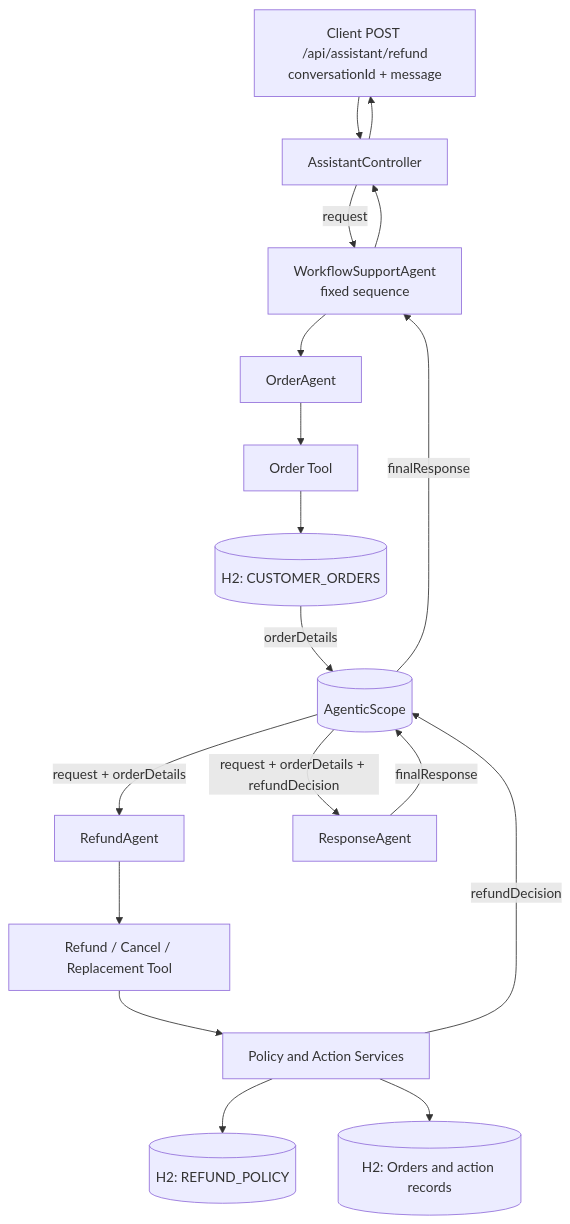
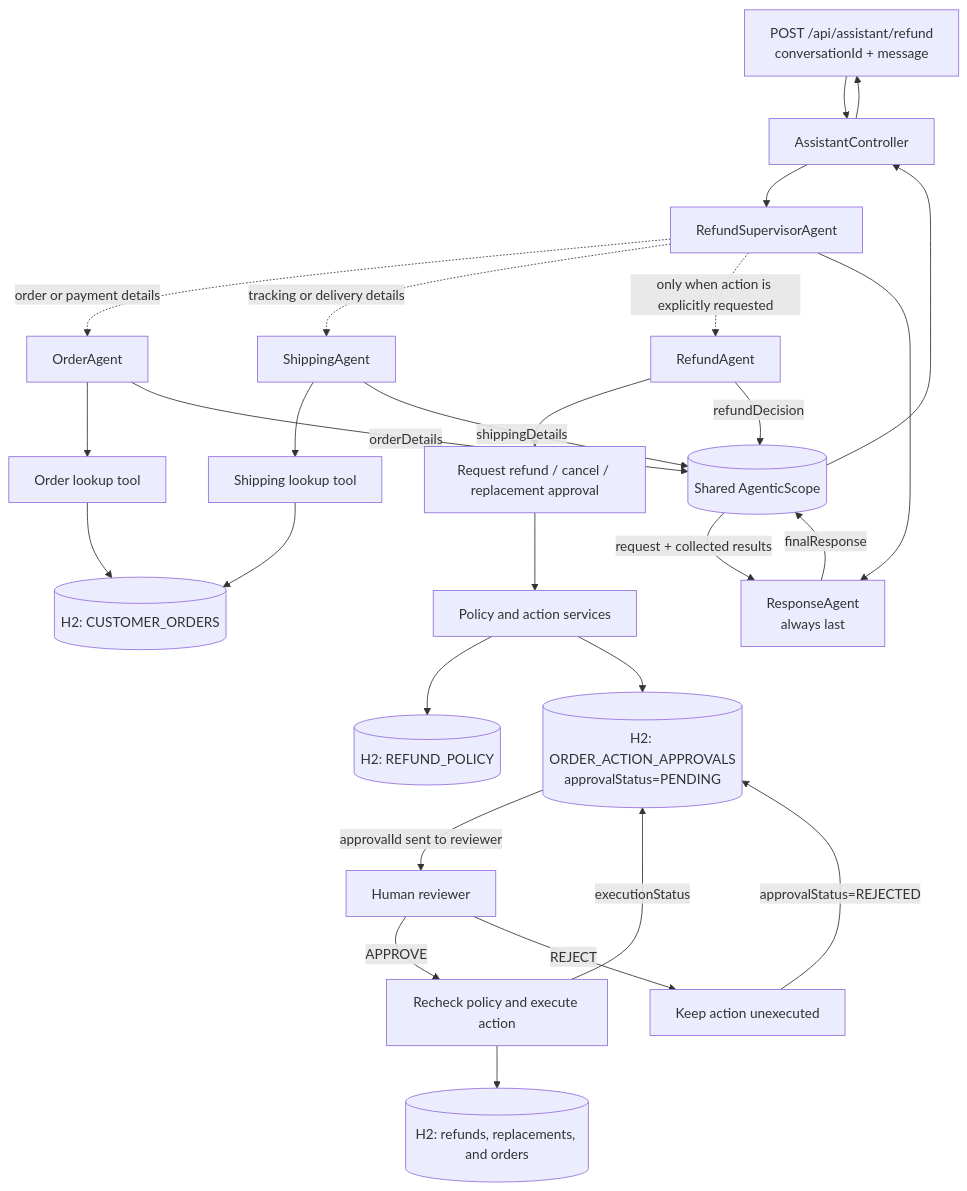
The diagram in docs/multi-agent-refund-workflow.md (Pratheeban233/Ai-Assistant), drawn with Mermaid before and after one commit. The commit also changed other lines of this file and 28 other files, not shown here.

Commit message:
Add refund workflow entities and approval handling classes

````diff
--- a/docs/multi-agent-refund-workflow.md
+++ b/docs/multi-agent-refund-workflow.md
@@ -9,20 +12,30 @@
 ```mermaid
 flowchart TD
-    U[Client POST /api/assistant/refund<br/>conversationId + message] --> C[AssistantController]
-    C -->|request| W[WorkflowSupportAgent<br/>fixed sequence]
-    W --> O[OrderAgent]
-    O --> L[Order Tool]
-    L --> DB[(H2: CUSTOMER_ORDERS)]
-    DB -->|orderDetails| SCOPE[(AgenticScope)]
-    SCOPE -->|request + orderDetails| R[RefundAgent]
-    R --> T[Refund / Cancel / Replacement Tool]
-    T --> P[Policy and Action Services]
-    P --> POLICY[(H2: REFUND_POLICY)]
-    P --> ORDERS[(H2: Orders and action records)]
-    P -->|refundDecision| SCOPE
-    SCOPE -->|request + orderDetails + refundDecision| F[ResponseAgent]
+    U[POST /api/assistant/refund<br/>conversationId + message] --> C[AssistantController]
+    C --> S[RefundSupervisorAgent]
+    S -. order or payment details .-> O[OrderAgent]
+    O --> OT[Order lookup tool]
+    OT --> DB[(H2: CUSTOMER_ORDERS)]
+    S -. tracking or delivery details .-> SH[ShippingAgent]
+    SH --> ST[Shipping lookup tool]
+    ST --> DB
+    S -. only when action is explicitly requested .-> R[RefundAgent]
+    R --> AT[Request refund / cancel / replacement approval]
+    AT --> P[Policy and action services]
+    P --> RP[(H2: REFUND_POLICY)]
+    P --> AP[(H2: ORDER_ACTION_APPROVALS<br/>approvalStatus=PENDING)]
+    AP -->|approvalId sent to reviewer| H[Human reviewer]
+    H -->|APPROVE| EX[Recheck policy and execute action]
+    H -->|REJECT| NR[Keep action unexecuted]
+    EX --> AR[(H2: refunds, replacements, and orders)]
+    EX -->|executionStatus| AP
+    NR -->|approvalStatus=REJECTED| AP
+    S --> F[ResponseAgent<br/>always last]
+    O -->|orderDetails| SCOPE[(Shared AgenticScope)]
+    SH -->|shippingDetails| SCOPE
+    R -->|refundDecision| SCOPE
+    SCOPE -->|request + collected results| F
     F -->|finalResponse| SCOPE
-    SCOPE -->|finalResponse| W
-    W --> C
+    SCOPE --> C
     C --> U
 ```
````
